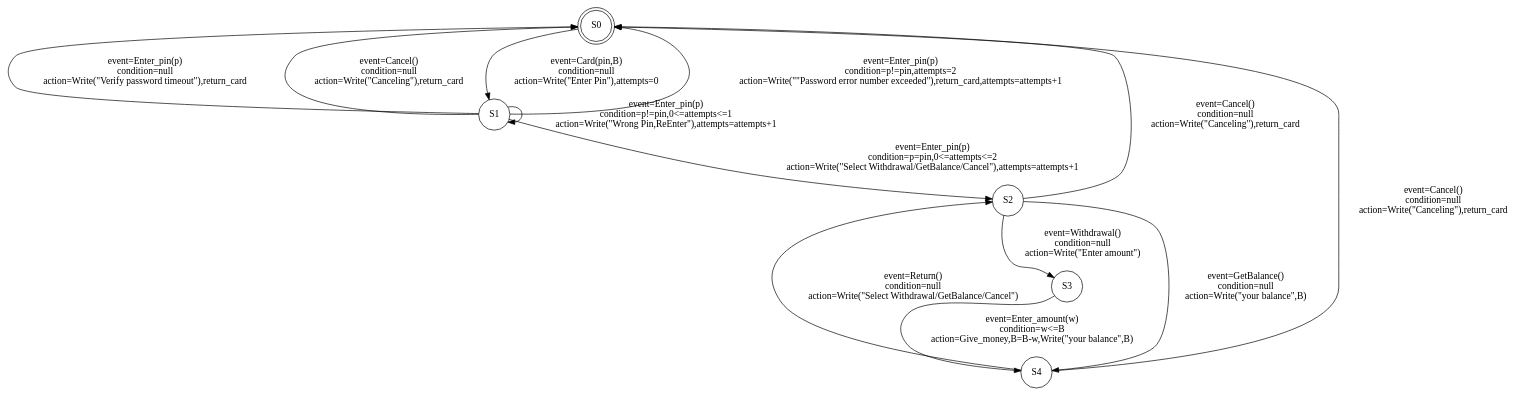
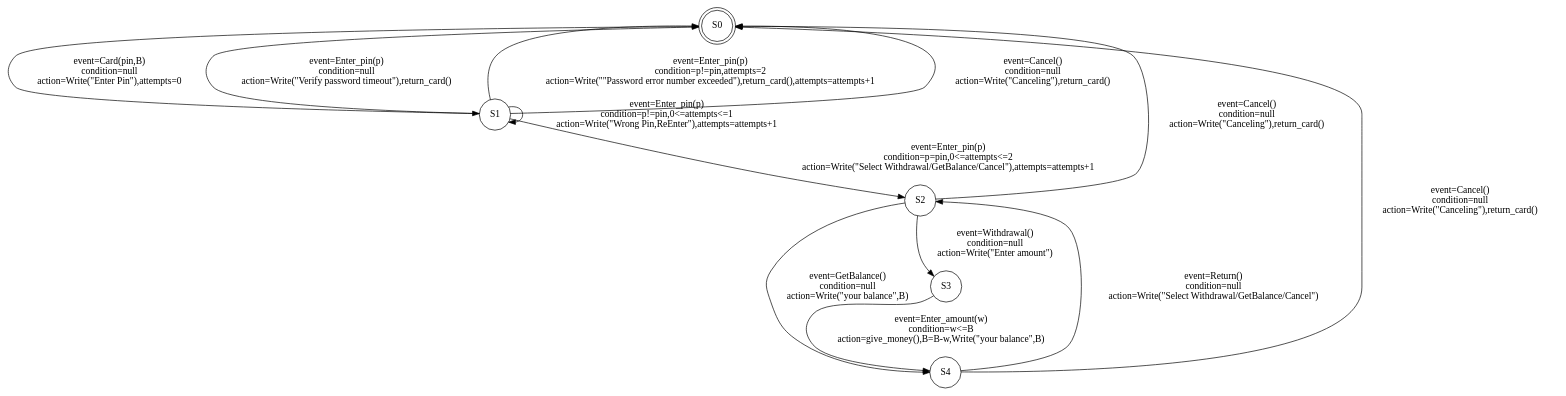
The diagram in file/efsm1.gv (Catxiaobai/project), drawn with Graphviz before and after one commit. The commit also changed 2395 other files, not shown here.

```diff
--- a/file/efsm1.gv
+++ b/file/efsm1.gv
@@ -1,41 +1,41 @@
 digraph "digraph g" {
 	node [shape=doublecircle]
 	S0
 	node [shape=circle]
 	S1 -> S0 [label="event=Enter_pin(p)
+condition=null
+action=Write(\"Verify password timeout\"),return_card()"]
+	S2 -> S4 [label="event=GetBalance()
+condition=null
+action=Write(\"your balance\",B)"]
+	S2 -> S3 [label="event=Withdrawal()
+condition=null
+action=Write(\"Enter amount\")"]
+	S0 -> S1 [label="event=Card(pin,B)
+condition=null
+action=Write(\"Enter Pin\"),attempts=0"]
+	S1 -> S0 [label="event=Enter_pin(p)
 condition=p!=pin,attempts=2
-action=Write(\"\"Password error number exceeded\"),return_card,attempts=attempts+1"]
+action=Write(\"\"Password error number exceeded\"),return_card(),attempts=attempts+1"]
+	S3 -> S4 [label="event=Enter_amount(w)
+condition=w<=B
+action=give_money(),B=B-w,Write(\"your balance\",B)"]
 	S4 -> S2 [label="event=Return()
 condition=null
 action=Write(\"Select Withdrawal/GetBalance/Cancel\")"]
-	S1 -> S0 [label="event=Enter_pin(p)
-condition=null
-action=Write(\"Verify password timeout\"),return_card"]
-	S2 -> S3 [label="event=Withdrawal()
-condition=null
-action=Write(\"Enter amount\")"]
 	S2 -> S0 [label="event=Cancel()
 condition=null
-action=Write(\"Canceling\"),return_card"]
-	S2 -> S4 [label="event=GetBalance()
+action=Write(\"Canceling\"),return_card()"]
+	S4 -> S0 [label="event=Cancel()
 condition=null
-action=Write(\"your balance\",B)"]
-	S0 -> S1 [label="event=Card(pin,B)
-condition=null
-action=Write(\"Enter Pin\"),attempts=0"]
+action=Write(\"Canceling\"),return_card()"]
 	S1 -> S0 [label="event=Cancel()
 condition=null
-action=Write(\"Canceling\"),return_card"]
-	S3 -> S4 [label="event=Enter_amount(w)
-condition=w<=B
-action=Give_money,B=B-w,Write(\"your balance\",B)"]
-	S4 -> S0 [label="event=Cancel()
-condition=null
-action=Write(\"Canceling\"),return_card"]
+action=Write(\"Canceling\"),return_card()"]
 	S1 -> S1 [label="event=Enter_pin(p)
 condition=p!=pin,0<=attempts<=1
 action=Write(\"Wrong Pin,ReEnter\"),attempts=attempts+1"]
 	S1 -> S2 [label="event=Enter_pin(p)
 condition=p=pin,0<=attempts<=2
 action=Write(\"Select Withdrawal/GetBalance/Cancel\"),attempts=attempts+1"]
 }
```
